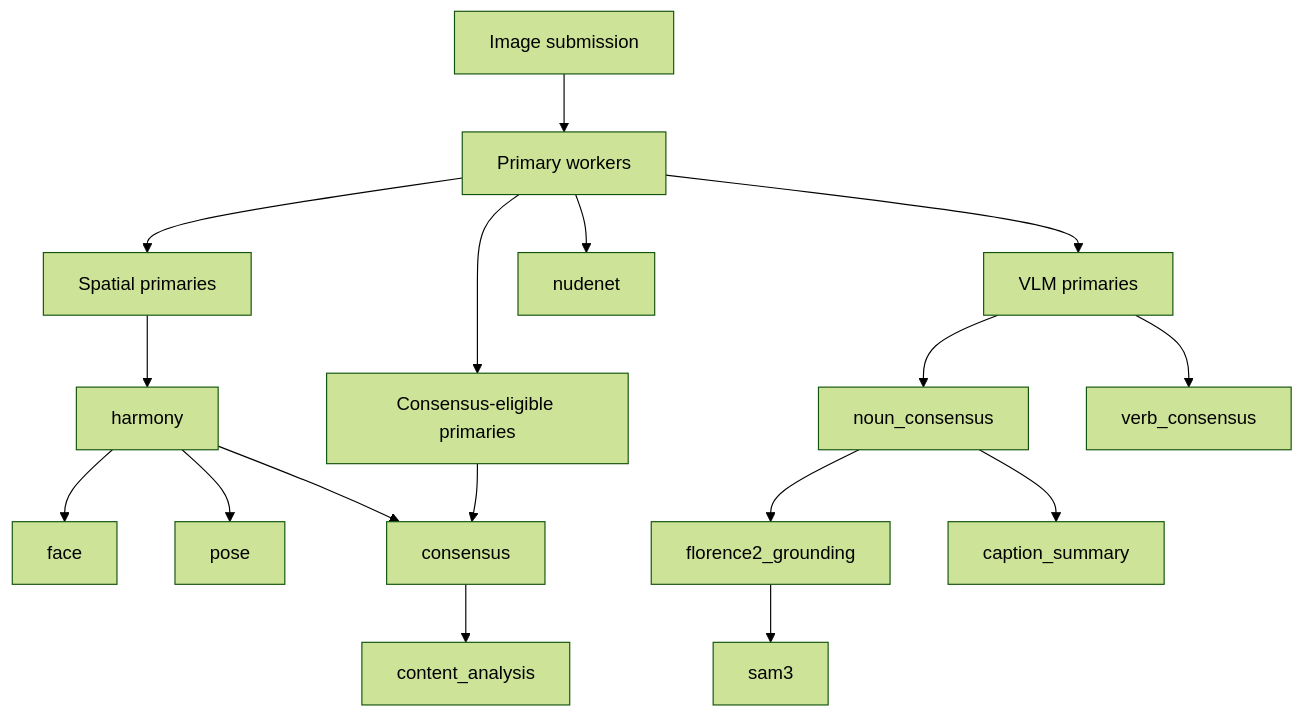
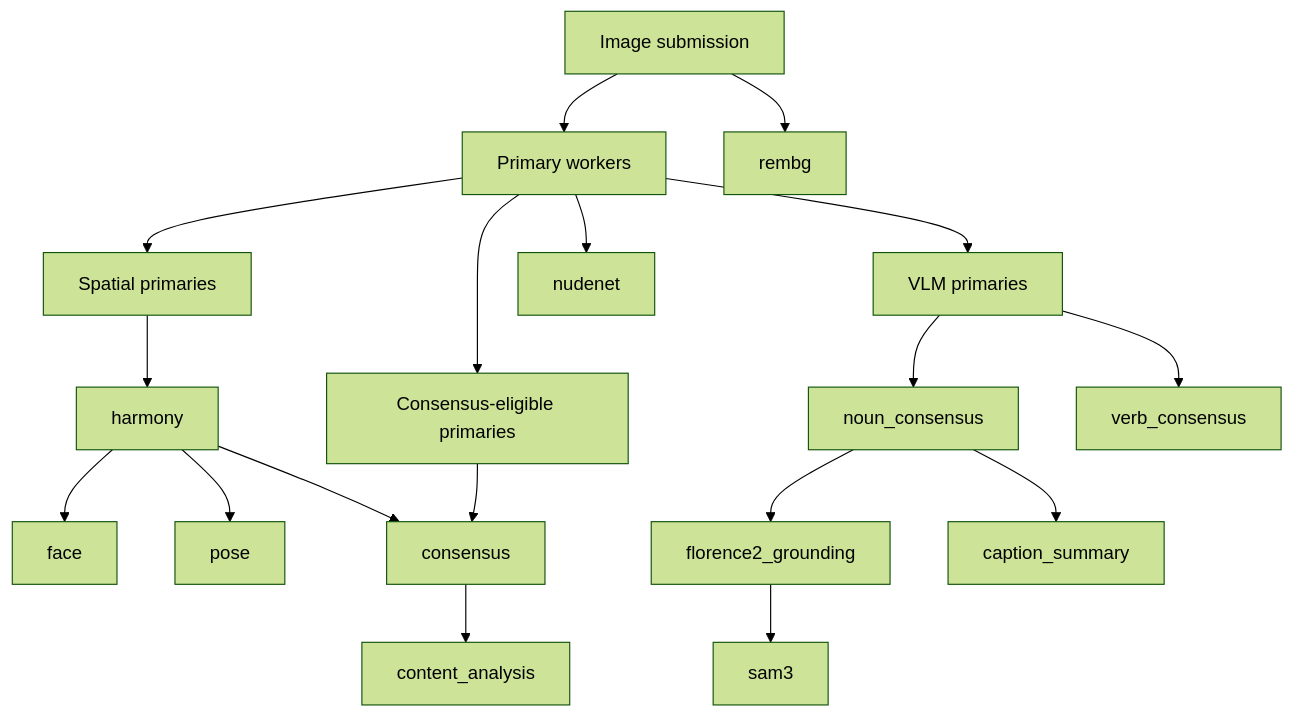
The diagram in docs/workflow.md (ice9innovations/windmill), drawn with Mermaid (forest theme) before and after one commit. The commit also changed other lines of this file and 1 other file, not shown here.

Commit message:
Restore rembg to workflow contract

````diff
--- a/docs/workflow.md
+++ b/docs/workflow.md
@@ -31,25 +31,26 @@
 ```mermaid
 flowchart TD
     Submit[Image submission]
 
     Submit --> PrimaryWorkers[Primary workers]
 
     PrimaryWorkers --> Spatial[Spatial primaries]
     PrimaryWorkers --> VLM[VLM primaries]
     PrimaryWorkers --> ConsensusEligible[Consensus-eligible primaries]
     PrimaryWorkers --> Nudenet[nudenet]
 
     Spatial --> Harmony[harmony]
     Harmony --> Face[face]
     Harmony --> Pose[pose]
     Harmony --> Consensus[consensus]
 
     VLM --> Noun[noun_consensus]
     VLM --> Verb[verb_consensus]
 
     ConsensusEligible --> Consensus
     Noun --> Grounding[florence2_grounding]
     Noun --> CaptionSummary[caption_summary]
     Grounding --> Sam3[sam3]
     Consensus --> ContentAnalysis[content_analysis]
+    Submit --> Rembg[rembg]
 ```
````
